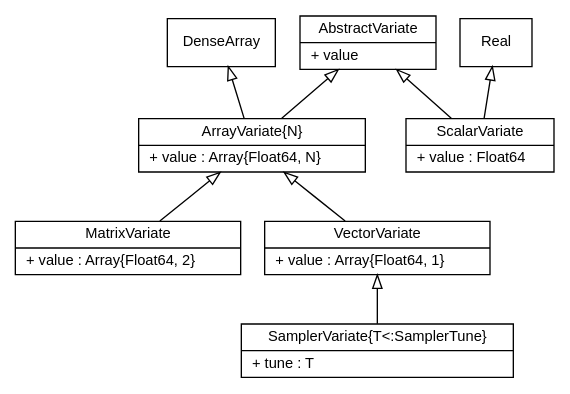
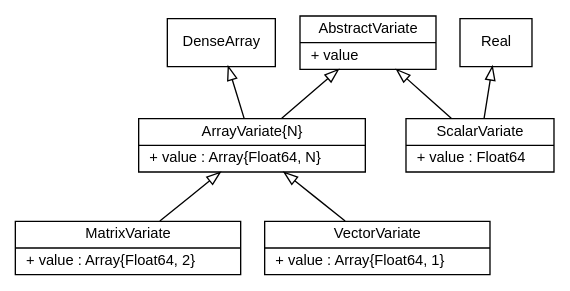
The diagram in doc/images/variateUML.dot (brian-j-smith/Mamba.jl), drawn with Graphviz before and after one commit. The commit also changed 18 other files, not shown here.

Commit message:
Update SamplerVariate documentation.

```diff
--- a/doc/images/variateUML.dot
+++ b/doc/images/variateUML.dot
@@ -1,33 +1,30 @@
 digraph Variate {
     fontname = "Helvetica"
     fontsize = 11
 
     node [fontname = "Helvetica", fontsize = 11, shape = record]
 
     edge [fontname = "Helvetica", fontsize = 11, dir = back, arrowtail = empty]
 
     AbstractVariate [label = "{AbstractVariate|+ value\l}"]
 
     ArrayVariate [label = "{ArrayVariate\{N\}|+ value : Array\{Float64, N\}\l}"]
 
     DenseArray [label = "{DenseArray}"]
 
     MatrixVariate [label = "{MatrixVariate|+ value : Array\{Float64, 2\}\l}"]
 
     Real [label = "{Real}"]
 
-    SamplerVariate [label = "{SamplerVariate\{T\<\:SamplerTune\}|+ tune : T\l}"]
-
     ScalarVariate [label = "{ScalarVariate|+ value : Float64\l}"]
 
     VectorVariate [label = "{VectorVariate|+ value : Array\{Float64, 1\}\l}"]
 
     AbstractVariate -> ArrayVariate
     AbstractVariate -> ScalarVariate
     ArrayVariate -> MatrixVariate
     ArrayVariate -> VectorVariate
     DenseArray -> ArrayVariate
     Real -> ScalarVariate
-    VectorVariate -> SamplerVariate
 
 }
```
